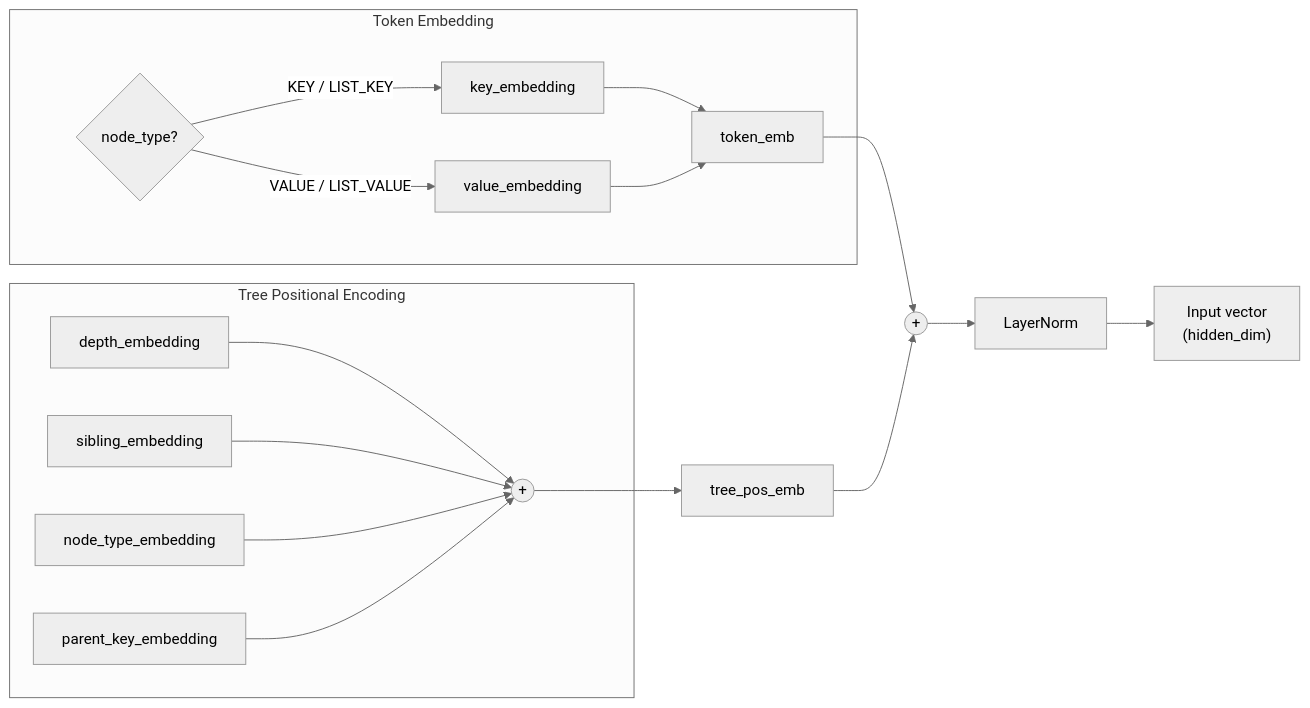
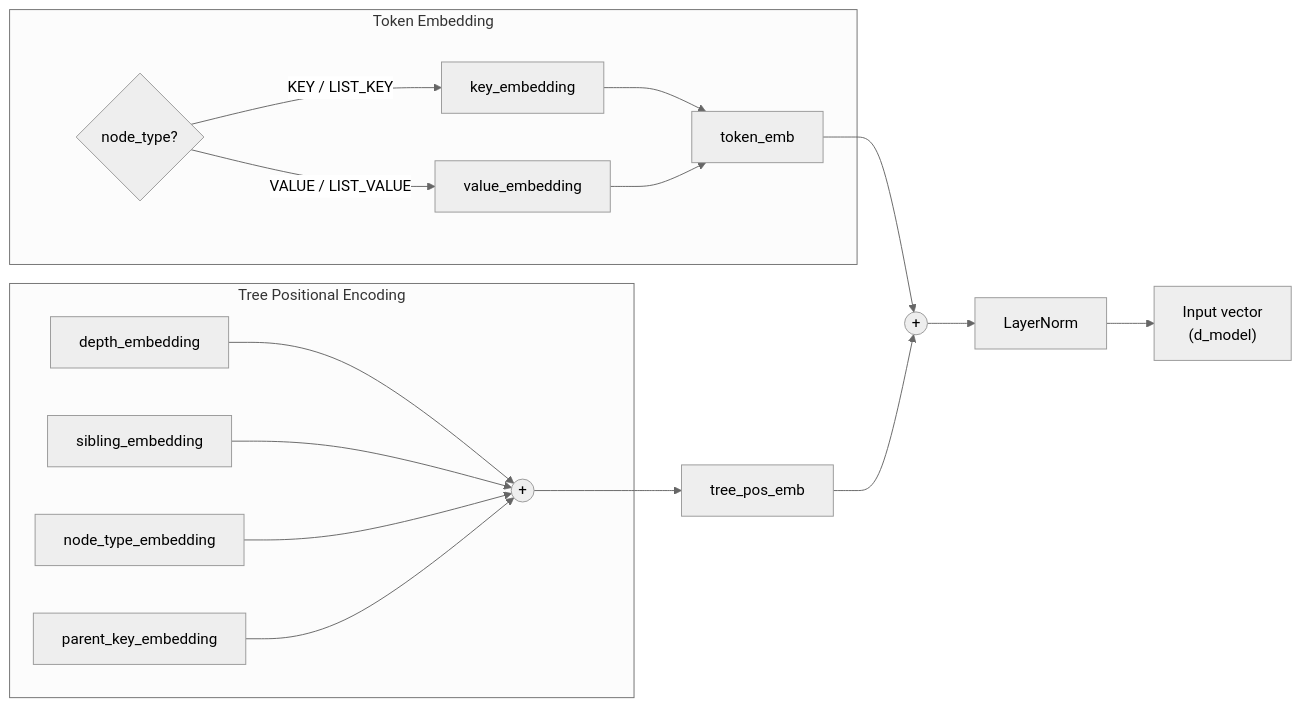
The third of 6 diagrams in docs/superpowers/specs/2026-03-28-tree-encoding-model-design.md (vimalk78/yaml-bert), drawn with Mermaid (neutral theme) before and after one commit. The commit also changed other lines of this file and 1 other file, not shown here.

Commit message:
docs: rename hidden_dim to d_model, dim_feedforward to d_ff

````diff
--- a/docs/superpowers/specs/2026-03-28-tree-encoding-model-design.md
+++ b/docs/superpowers/specs/2026-03-28-tree-encoding-model-design.md
@@ -99,25 +99,25 @@
 ```mermaid
 flowchart LR
     subgraph "Tree Positional Encoding"
         D["depth_embedding"] --> SUM(("+"))
         S["sibling_embedding"] --> SUM
         T["node_type_embedding"] --> SUM
         P["parent_key_embedding"] --> SUM
     end
 
     subgraph "Token Embedding"
         KE["key_embedding"]
         VE["value_embedding"]
         NT{"node_type?"}
         NT -->|KEY / LIST_KEY| KE
         NT -->|VALUE / LIST_VALUE| VE
         KE --> TOK["token_emb"]
         VE --> TOK
     end
 
     SUM --> TPE["tree_pos_emb"]
     TOK --> ADD(("+"))
     TPE --> ADD
     ADD --> LN["LayerNorm"]
-    LN --> OUT["Input vector<br/>(hidden_dim)"]
+    LN --> OUT["Input vector<br/>(d_model)"]
 ```
````
